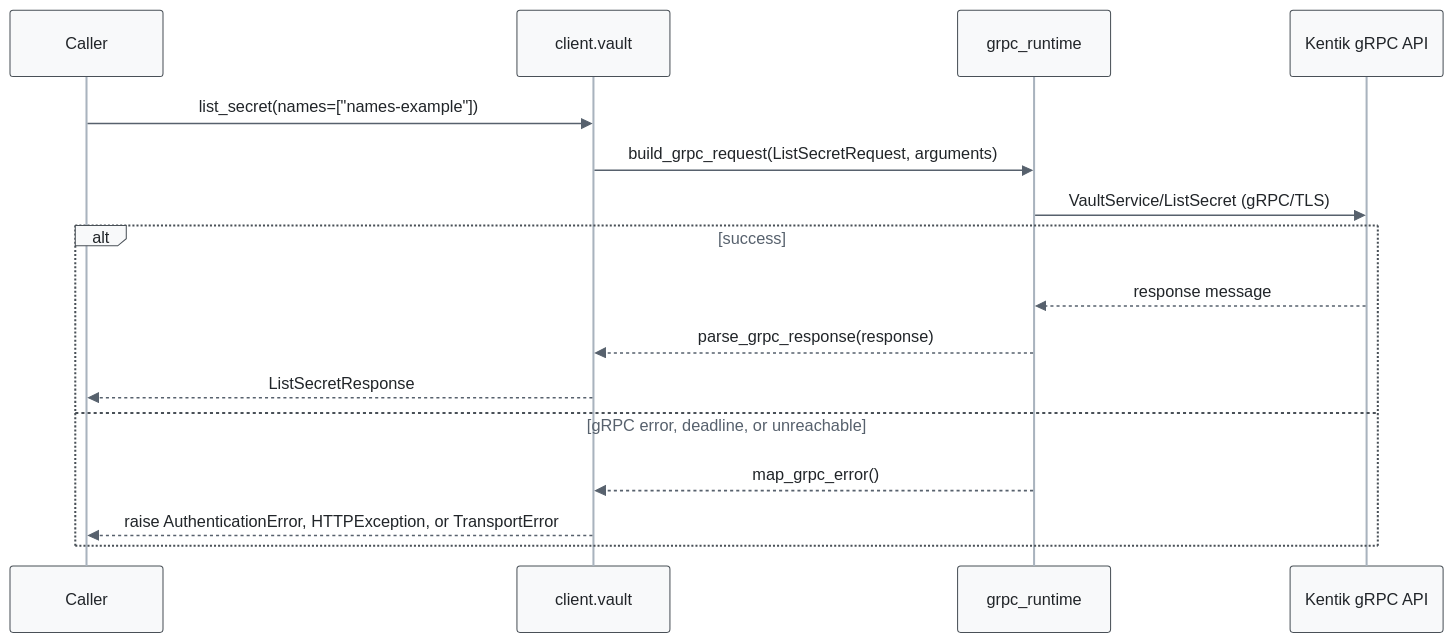
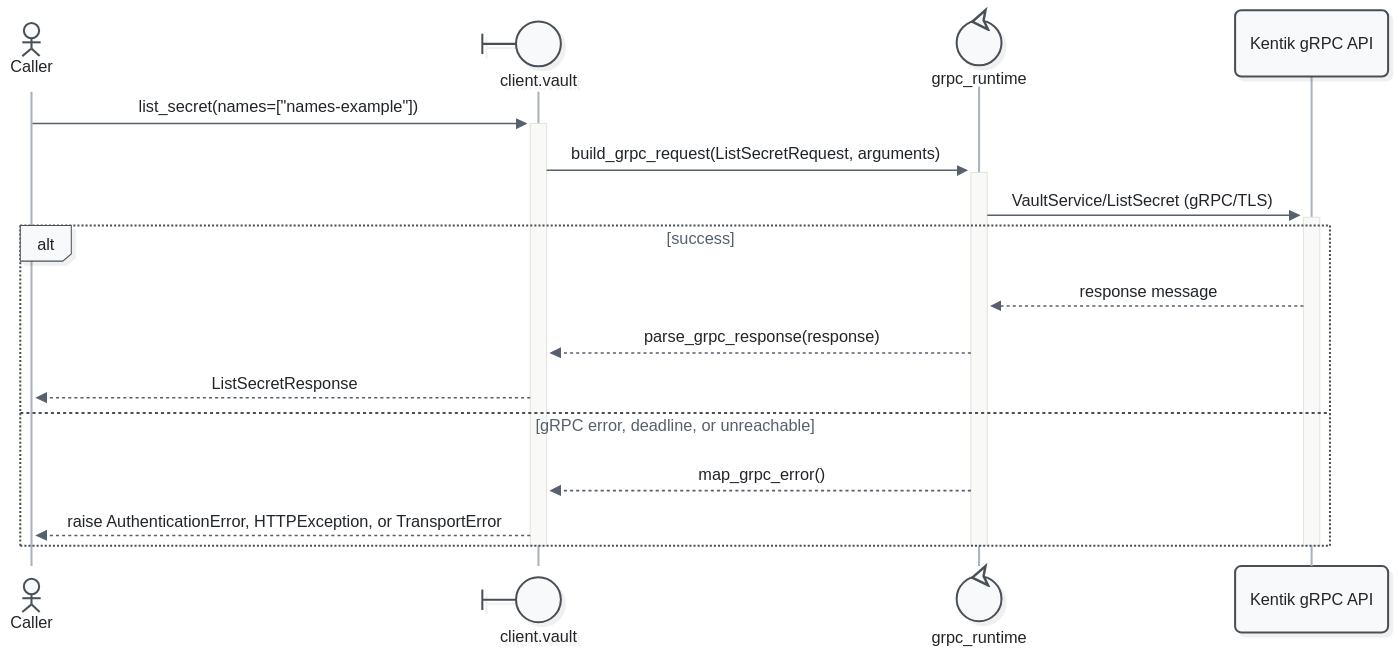
Before and after one commit to alexdearaujo/community_sdk_python: the second of 5 diagrams in docs/sphinx/services/vault.md, drawn with Mermaid. The commit also changed other lines of this file and 52 other files, not shown here.

First line of the commit message:
docs: Mermaid 12 sequence diagrams with participant types and path colors

````diff
--- a/docs/sphinx/services/vault.md
+++ b/docs/sphinx/services/vault.md
@@ -55,20 +57,23 @@
 ```mermaid
-%%{init: {"theme": "base", "fontFamily": "ui-monospace, SFMono-Regular, Menlo, monospace", "themeVariables": {"fontFamily": "ui-monospace, SFMono-Regular, Menlo, monospace", "primaryColor": "#f8f9fa", "primaryBorderColor": "#495057", "primaryTextColor": "#212529", "textColor": "#212529", "lineColor": "#77818c", "edgeLabelBackground": "#ffffff", "actorBkg": "#f8f9fa", "actorBorder": "#495057", "actorTextColor": "#212529", "actorLineColor": "#a9b3be", "signalColor": "#57616d", "signalTextColor": "#212529", "labelBoxBkgColor": "#f8f9fa", "labelBoxBorderColor": "#495057", "labelTextColor": "#212529", "loopTextColor": "#57616d", "noteBkgColor": "#fff9db", "noteBorderColor": "#f08c00", "noteTextColor": "#a35a00"}, "flowchart": {"curve": "step", "nodeSpacing": 30, "rankSpacing": 70, "wrappingWidth": 400}}}%%
+%%{init: {"theme": "redux", "look": "neo", "layout": "dagre", "fontFamily": "ui-monospace, SFMono-Regular, Menlo, monospace", "themeVariables": {"fontFamily": "ui-monospace, SFMono-Regular, Menlo, monospace", "primaryColor": "#f8f9fa", "primaryBorderColor": "#495057", "primaryTextColor": "#212529", "textColor": "#212529", "lineColor": "#77818c", "edgeLabelBackground": "#ffffff", "actorBkg": "#f8f9fa", "actorBorder": "#495057", "actorTextColor": "#212529", "actorLineColor": "#a9b3be", "signalColor": "#57616d", "signalTextColor": "#212529", "labelBoxBkgColor": "#f8f9fa", "labelBoxBorderColor": "#495057", "labelTextColor": "#212529", "loopTextColor": "#57616d", "noteBkgColor": "#fff9db", "noteBorderColor": "#f08c00", "noteTextColor": "#a35a00"}, "sequence": {"activationWidth": 16}, "flowchart": {"curve": "step", "nodeSpacing": 30, "rankSpacing": 70, "wrappingWidth": 400}}}%%
 sequenceDiagram
-    participant C as Caller
-    participant W as client.vault
-    participant R as grpc_runtime
+    actor C as Caller
+    participant W@{ "type": "boundary" } as client.vault
+    participant R@{ "type": "control" } as grpc_runtime
     participant API as Kentik gRPC API
 
-    C->>W: list_secret(names=["names-example"])
-    W->>R: build_grpc_request(ListSecretRequest, arguments)
-    R->>API: VaultService/ListSecret (gRPC/TLS)
+    C->>+W: list_secret(names=["names-example"])
+    W->>+R: build_grpc_request(ListSecretRequest, arguments)
+    R->>+API: VaultService/ListSecret (gRPC/TLS)
     alt success
         API-->>R: response message
         R-->>W: parse_grpc_response(response)
         W-->>C: ListSecretResponse
     else gRPC error, deadline, or unreachable
         R-->>W: map_grpc_error()
         W-->>C: raise AuthenticationError, HTTPException, or TransportError
     end
+    deactivate API
+    deactivate R
+    deactivate W
 ```
````
